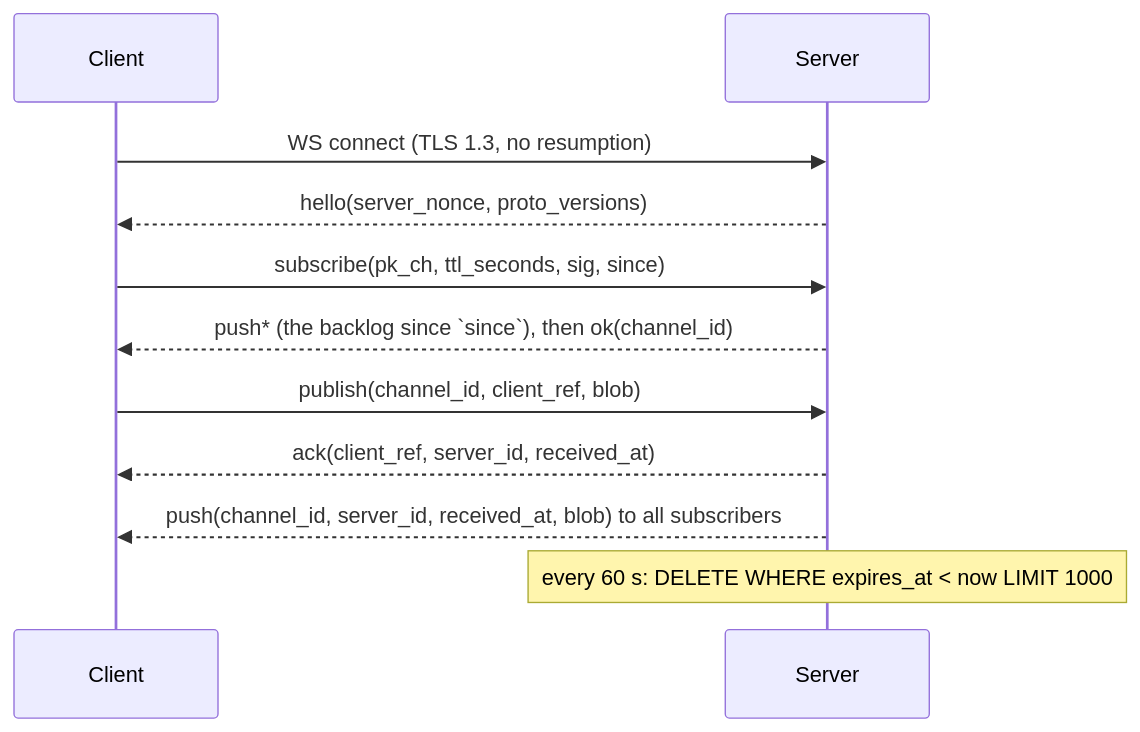
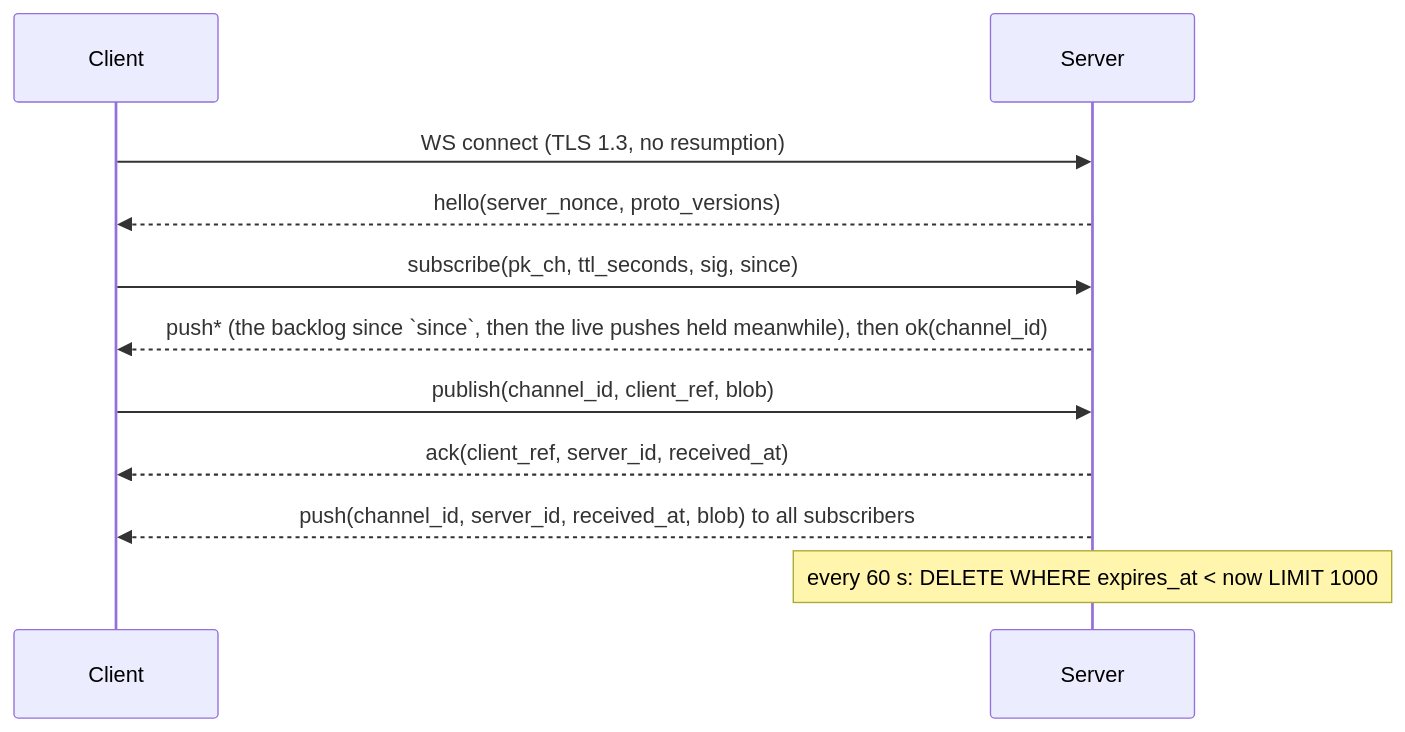
Before and after one commit to maarcv/privatechat: the first of 4 diagrams in docs/spec.md, drawn with Mermaid. The commit also changed other lines of this file and 4 other files, not shown here.

````diff
--- a/docs/spec.md
+++ b/docs/spec.md
@@ -287,13 +287,13 @@
 ```mermaid
 sequenceDiagram
     participant C as Client
     participant S as Server
     C->>S: WS connect (TLS 1.3, no resumption)
     S-->>C: hello(server_nonce, proto_versions)
     C->>S: subscribe(pk_ch, ttl_seconds, sig, since)
-    S-->>C: push* (the backlog since `since`), then ok(channel_id)
+    S-->>C: push* (the backlog since `since`, then the live pushes held meanwhile), then ok(channel_id)
     C->>S: publish(channel_id, client_ref, blob)
     S-->>C: ack(client_ref, server_id, received_at)
     S-->>C: push(channel_id, server_id, received_at, blob) to all subscribers
     Note over S: every 60 s: DELETE WHERE expires_at < now LIMIT 1000
 ```
````
